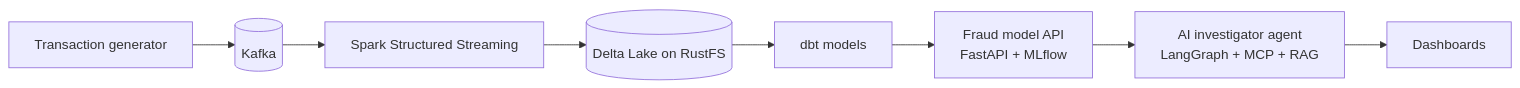
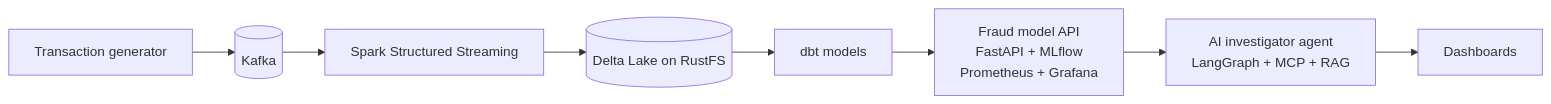
Before and after one commit to omarelkersh/fraudguard: the diagram in README.md, drawn with Mermaid. The commit also changed other lines of this file, not shown here.

````diff
--- a/README.md
+++ b/README.md
@@ -13,10 +13,10 @@
 ```mermaid
 flowchart LR
     G[Transaction generator] --> K[(Kafka)]
     K --> S[Spark Structured Streaming]
     S --> L[(Delta Lake on RustFS)]
     L --> D[dbt models]
-    D --> M[Fraud model API<br/>FastAPI + MLflow]
+    D --> M[Fraud model API<br/>FastAPI + MLflow<br/>Prometheus + Grafana]
     M --> A[AI investigator agent<br/>LangGraph + MCP + RAG]
     A --> B[Dashboards]
 ```
````
